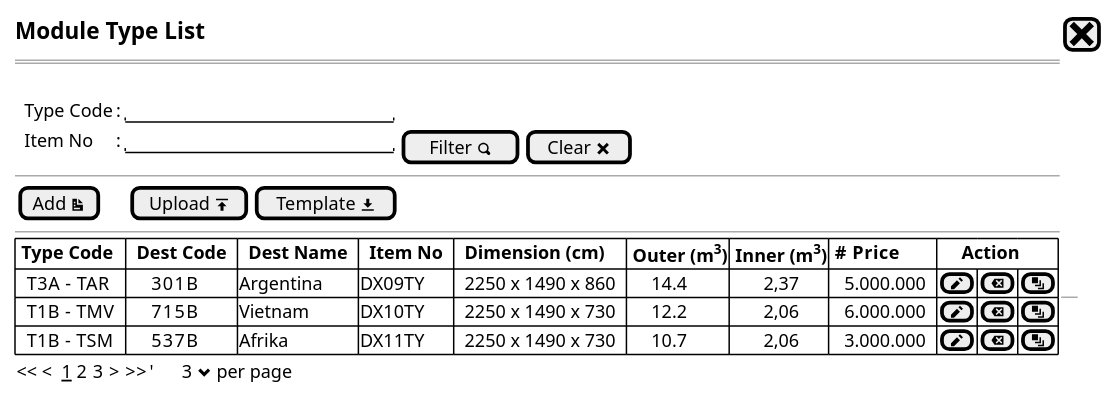
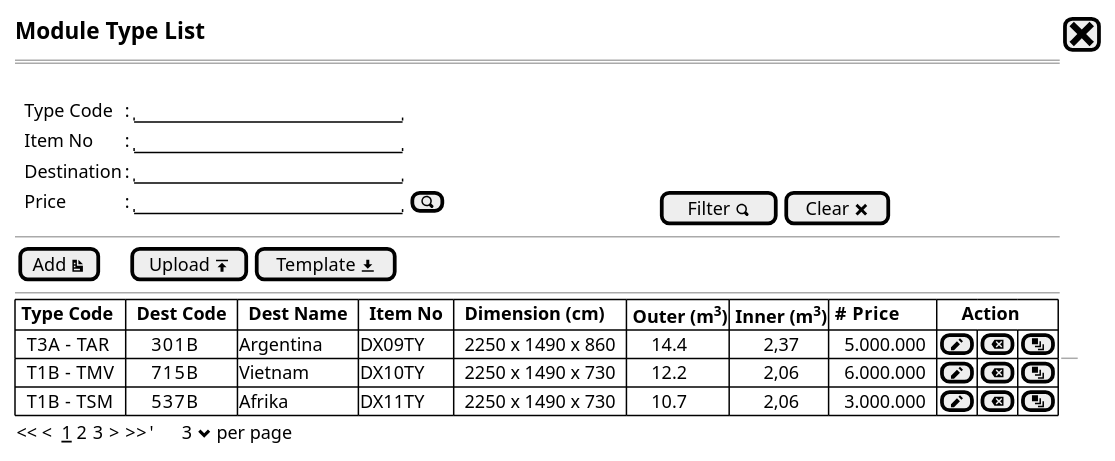
One commit to ari-fikri/packing-cost-mockup changed the diagram in Module Type/module type - list step0b.puml. Above: the diagram before and after it, drawn with PlantUML. The commit also changed 2 other files, not shown here.

Commit message:
Add filter fields

```diff
--- a/Module Type/module type - list step0b.puml
+++ b/Module Type/module type - list step0b.puml
@@ -1,29 +1,30 @@
 @startsalt
 {
   <size:15><b>Module Type List|[<size:25><&x>]|*
   ==
   .
   {
       .|Type Code    |: |"                      "|*
-      .|Item No      |: |"                      "| [Filter <&magnifying-glass>]| [Clear <&x>]| *      
-
+      .|Item No      |: |"                      "|*
+      .|Destination  |: |"                      "|*
+      .|Price        |: |"                      "|[<&magnifying-glass>] |                                             |[Filter <&magnifying-glass>]| [Clear <&x>]| *
   }
   --
   {
   [Add <&document>]|.|.|.|[Upload <&data-transfer-upload>]| [Template <&data-transfer-download>]|*
   }
   --
   {#
   |<b> Type Code |<b>  Dest Code  |<b>  Dest Name  |<b>  Item No  | <b> Dimension (cm)  |<b> Outer (m<sup>3</sup>) |<b> Inner (m<sup>3</sup>) | <b>#  Price  |<b>     Action |*|*|*
   |  T3A - TAR   |       301B     |     Argentina  | DX09TY       |  2250 x 1490 x 860  |      14.4                |        2,37              |   5.000.000  |[<&pencil>]|[<&delete>]|[<&layers>]|*
   |  T1B - TMV   |       715B     |     Vietnam    | DX10TY       |  2250 x 1490 x 730  |      12.2                |        2,06              |   6.000.000  |[<&pencil>]|[<&delete>]|[<&layers>]|*
   |  T1B - TSM   |       537B     |     Afrika     | DX11TY       |  2250 x 1490 x 730  |      10.7                |        2,06              |   3.000.000  |[<&pencil>]|[<&delete>]|[<&layers>]|*
   
   } 
 
   --
   {
   << <  __1__ 2 3  > >>  |'      3 <&chevron-bottom> per page |*
   }
 }
 @endsalt
```
